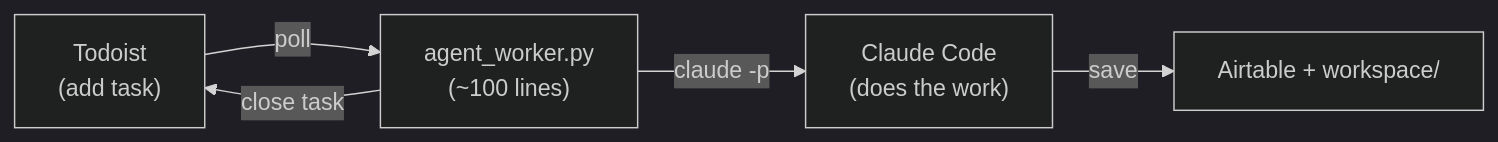
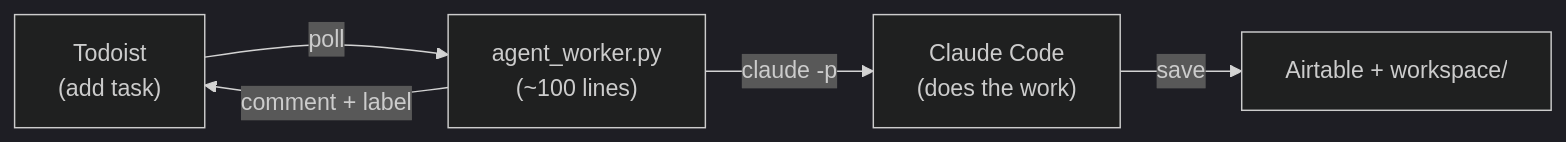
One commit to owainlewis/agent-workers changed the diagram in README.md. Above: the diagram before and after it, drawn with Mermaid (dark theme). The commit also changed other lines of this file and 3 other files, not shown here.

````diff
--- a/README.md
+++ b/README.md
@@ -5,7 +5,7 @@
 ```mermaid
 graph LR
     A["Todoist<br/>(add task)"] -->|poll| B["agent_worker.py<br/>(~100 lines)"]
     B -->|"claude -p"| C["Claude Code<br/>(does the work)"]
     C -->|save| D["Airtable + workspace/"]
-    B -->|close task| A
+    B -->|"comment + label"| A
 ```
````
